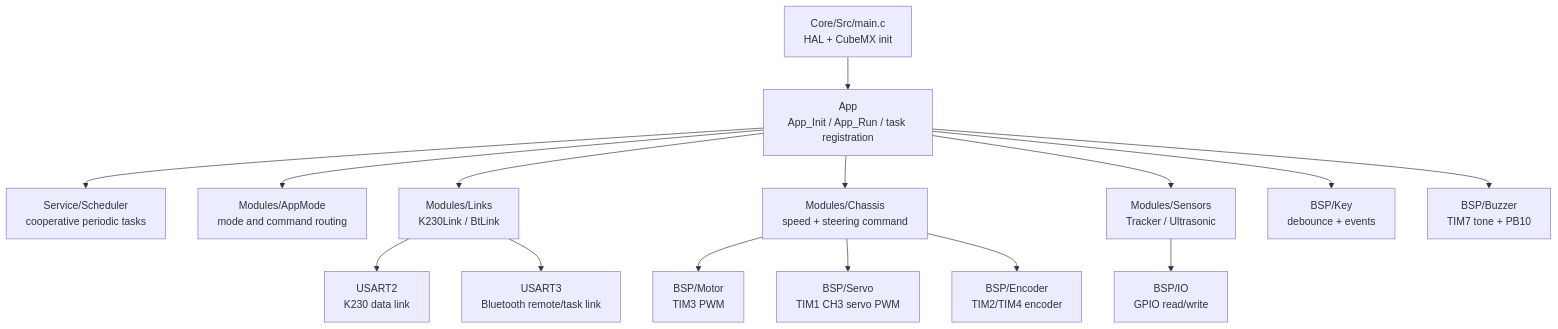
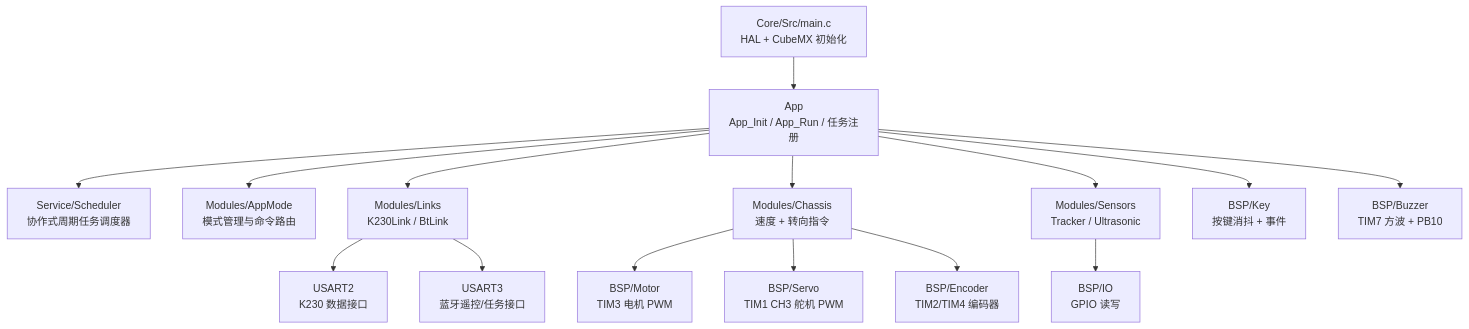
The first of 3 diagrams in FRAMEWORK.md (Reach-001/Car_Project), drawn with Mermaid before and after one commit. The commit also changed other lines of this file and 1 other file, not shown here.

````diff
--- a/FRAMEWORK.md
+++ b/FRAMEWORK.md
@@ -7,20 +7,20 @@
 ```mermaid
 flowchart TB
-    Main["Core/Src/main.c<br/>HAL + CubeMX init"] --> App["App<br/>App_Init / App_Run / task registration"]
-    App --> Scheduler["Service/Scheduler<br/>cooperative periodic tasks"]
-    App --> Mode["Modules/AppMode<br/>mode and command routing"]
+    Main["Core/Src/main.c<br/>HAL + CubeMX 初始化"] --> App["App<br/>App_Init / App_Run / 任务注册"]
+    App --> Scheduler["Service/Scheduler<br/>协作式周期任务调度器"]
+    App --> Mode["Modules/AppMode<br/>模式管理与命令路由"]
     App --> Links["Modules/Links<br/>K230Link / BtLink"]
-    App --> Chassis["Modules/Chassis<br/>speed + steering command"]
+    App --> Chassis["Modules/Chassis<br/>速度 + 转向指令"]
     App --> Sensors["Modules/Sensors<br/>Tracker / Ultrasonic"]
 
-    Chassis --> Motor["BSP/Motor<br/>TIM3 PWM"]
-    Chassis --> Servo["BSP/Servo<br/>TIM1 CH3 servo PWM"]
-    Chassis --> Encoder["BSP/Encoder<br/>TIM2/TIM4 encoder"]
+    Chassis --> Motor["BSP/Motor<br/>TIM3 电机 PWM"]
+    Chassis --> Servo["BSP/Servo<br/>TIM1 CH3 舵机 PWM"]
+    Chassis --> Encoder["BSP/Encoder<br/>TIM2/TIM4 编码器"]
 
-    Sensors --> Io["BSP/IO<br/>GPIO read/write"]
-    App --> Key["BSP/Key<br/>debounce + events"]
-    App --> Buzzer["BSP/Buzzer<br/>TIM7 tone + PB10"]
+    Sensors --> Io["BSP/IO<br/>GPIO 读写"]
+    App --> Key["BSP/Key<br/>按键消抖 + 事件"]
+    App --> Buzzer["BSP/Buzzer<br/>TIM7 方波 + PB10"]
 
-    Links --> Uart2["USART2<br/>K230 data link"]
-    Links --> Uart3["USART3<br/>Bluetooth remote/task link"]
+    Links --> Uart2["USART2<br/>K230 数据接口"]
+    Links --> Uart3["USART3<br/>蓝牙遥控/任务接口"]
 ```
````
